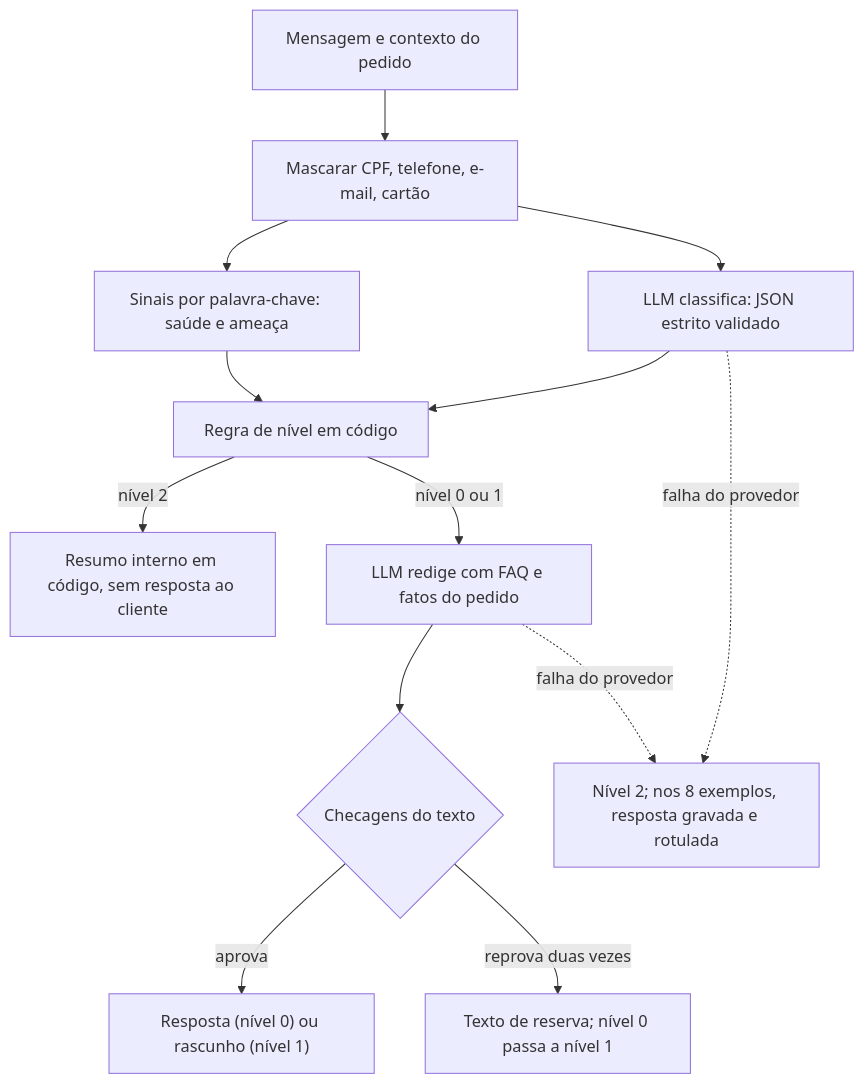
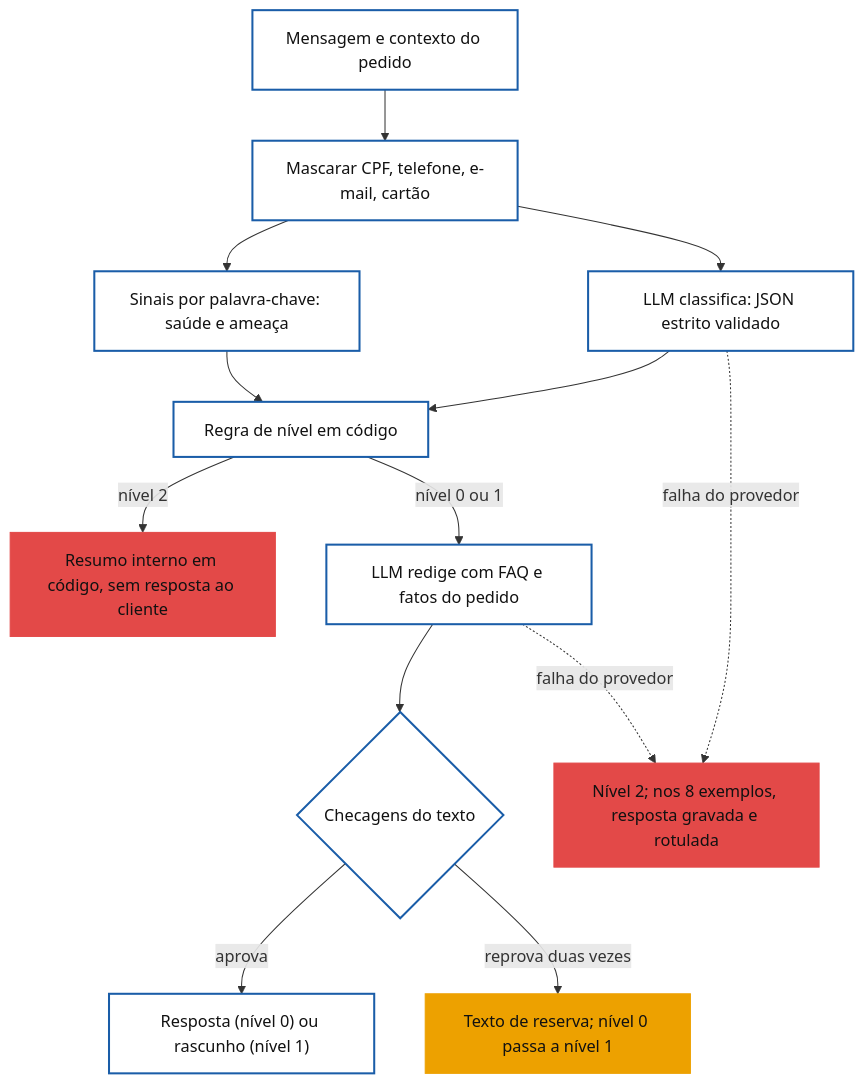
One commit to MauroHLO/gogroup-atendimento changed the diagram in docs/relatorio.md. Above: the diagram before and after it, drawn with Mermaid. The commit also changed other lines of this file, not shown here.

````diff
--- a/docs/relatorio.md
+++ b/docs/relatorio.md
@@ -92,15 +101,21 @@
 ```mermaid
 flowchart TD
     A["Mensagem e contexto do pedido"] --> B["Mascarar CPF, telefone, e-mail, cartão"]
     B --> C["LLM classifica: JSON estrito validado"]
     B --> D["Sinais por palavra-chave: saúde e ameaça"]
     C --> E["Regra de nível em código"]
     D --> E
     E -->|"nível 2"| F["Resumo interno em código, sem resposta ao cliente"]
     E -->|"nível 0 ou 1"| G["LLM redige com FAQ e fatos do pedido"]
     G --> H{"Checagens do texto"}
     H -->|"aprova"| I["Resposta (nível 0) ou rascunho (nível 1)"]
     H -->|"reprova duas vezes"| J["Texto de reserva; nível 0 passa a nível 1"]
     C -.->|"falha do provedor"| K["Nível 2; nos 8 exemplos, resposta gravada e rotulada"]
     G -.->|"falha do provedor"| K
+    classDef neutro fill:#ffffff,stroke:#1a5da8,stroke-width:2px,color:#111111
+    classDef nivel1 fill:#eda100,stroke:#eda100,color:#111111
+    classDef nivel2 fill:#e34948,stroke:#e34948,color:#111111
+    class A,B,C,D,E,G,H,I neutro
+    class J nivel1
+    class F,K nivel2
 ```
````
